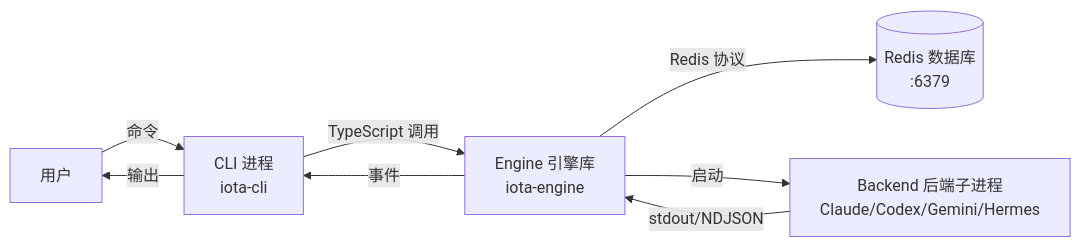
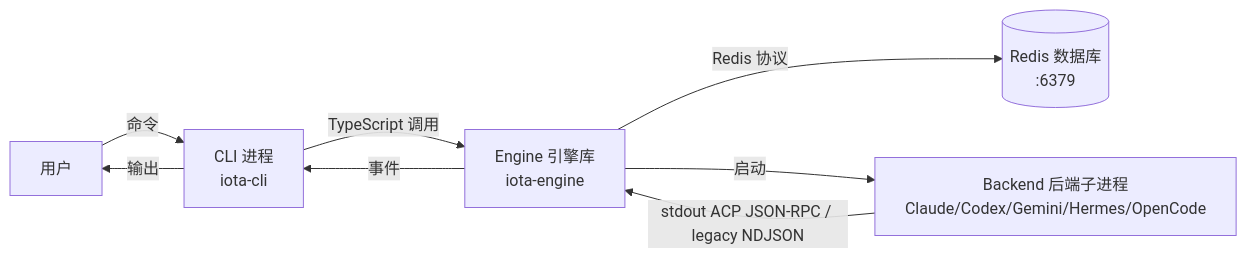
Before and after one commit to feuyeux/iota: the diagram in docs/guides/02-cli-guide.md, drawn with Mermaid. The commit also changed other lines of this file and 52 other files, not shown here.

````diff
--- a/docs/guides/02-cli-guide.md
+++ b/docs/guides/02-cli-guide.md
@@ -58,10 +58,10 @@
 ```mermaid
 graph LR
     User[用户] -->|命令| CLI[CLI 进程<br/>iota-cli]
     CLI -->|TypeScript 调用| Engine[Engine 引擎库<br/>iota-engine]
     Engine -->|Redis 协议| Redis[(Redis 数据库<br/>:6379)]
-    Engine -->|启动| Backend[Backend 后端子进程<br/>Claude/Codex/Gemini/Hermes]
-    Backend -->|stdout/NDJSON| Engine
+    Engine -->|启动| Backend[Backend 后端子进程<br/>Claude/Codex/Gemini/Hermes/OpenCode]
+    Backend -->|stdout ACP JSON-RPC / legacy NDJSON| Engine
     Engine -->|事件| CLI
     CLI -->|输出| User
 ```
````
